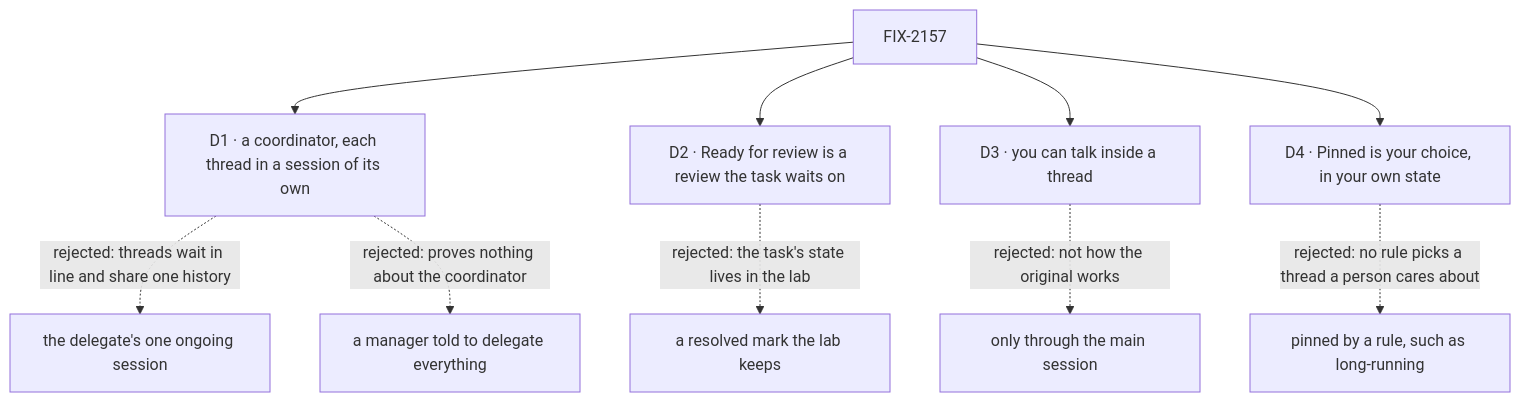
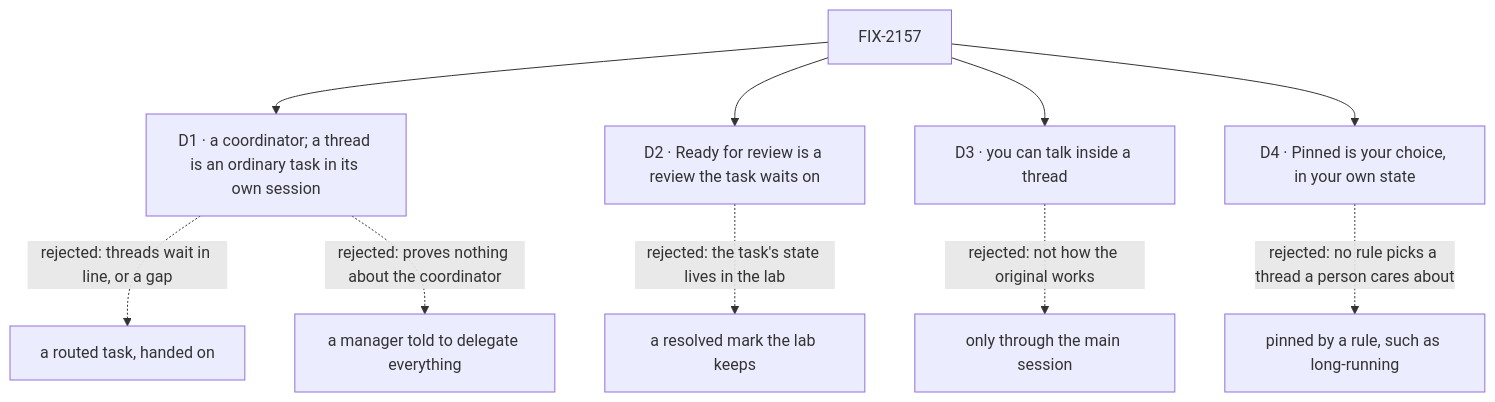
The diagram in specs/issues/FIX-2157/DECISIONS.md (fixpoint-labs/flow-state-dev), drawn with Mermaid before and after one commit. The commit also changed other lines of this file and 2 other files, not shown here.

First line of the commit message:
spec(FIX-2157): a thread is an ordinary task the coordinator files; drop the routed-session gap

````diff
--- a/specs/issues/FIX-2157/DECISIONS.md
+++ b/specs/issues/FIX-2157/DECISIONS.md
@@ -13,12 +13,12 @@
 ```mermaid
 flowchart TD
-  I["FIX-2157"] --> D1["D1 · a coordinator, each thread in a session of its own"]
-  D1 -.->|"rejected: threads wait in line and share one history"| X1a["the delegate's one ongoing session"]
+  I["FIX-2157"] --> D1["D1 · a coordinator; a thread is an ordinary task in its own session"]
+  D1 -.->|"rejected: threads wait in line, or a gap"| X1a["a routed task, handed on"]
   D1 -.->|"rejected: proves nothing about the coordinator"| X1b["a manager told to delegate everything"]
   I --> D2["D2 · Ready for review is a review the task waits on"]
   D2 -.->|"rejected: the task's state lives in the lab"| X2["a resolved mark the lab keeps"]
   I --> D3["D3 · you can talk inside a thread"]
   D3 -.->|"rejected: not how the original works"| X3["only through the main session"]
   I --> D4["D4 · Pinned is your choice, in your own state"]
   D4 -.->|"rejected: no rule picks a thread a person cares about"| X4["pinned by a rule, such as long-running"]
 ```
````
